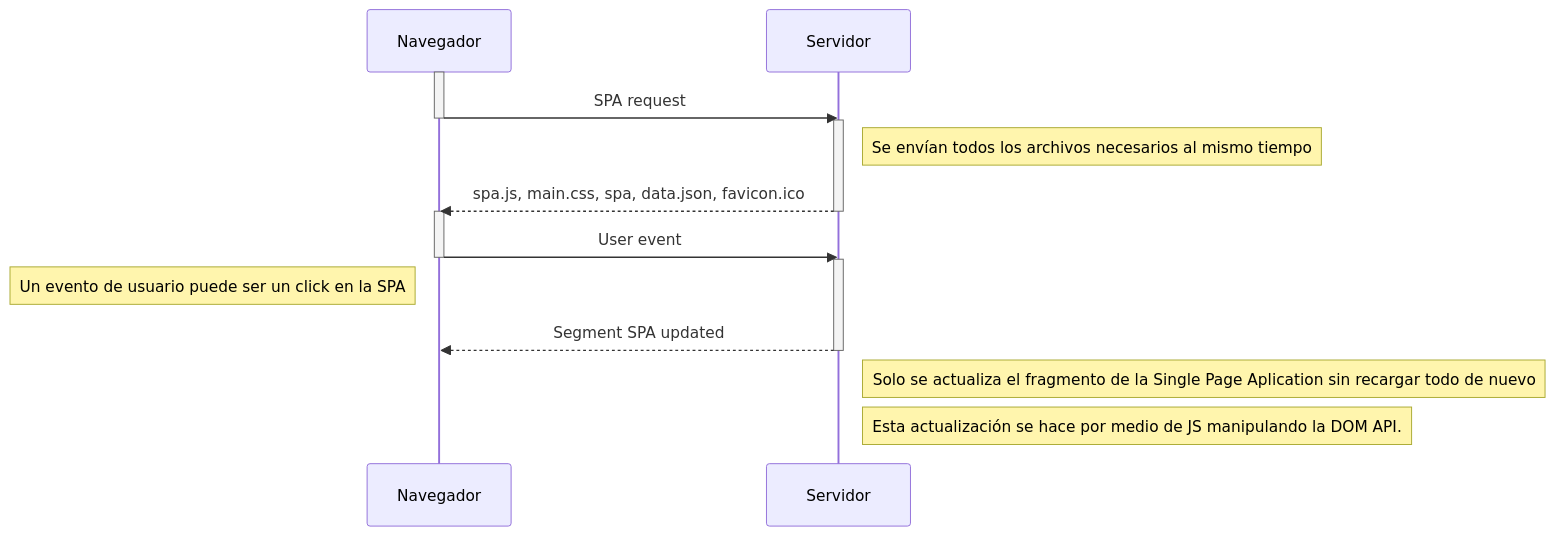
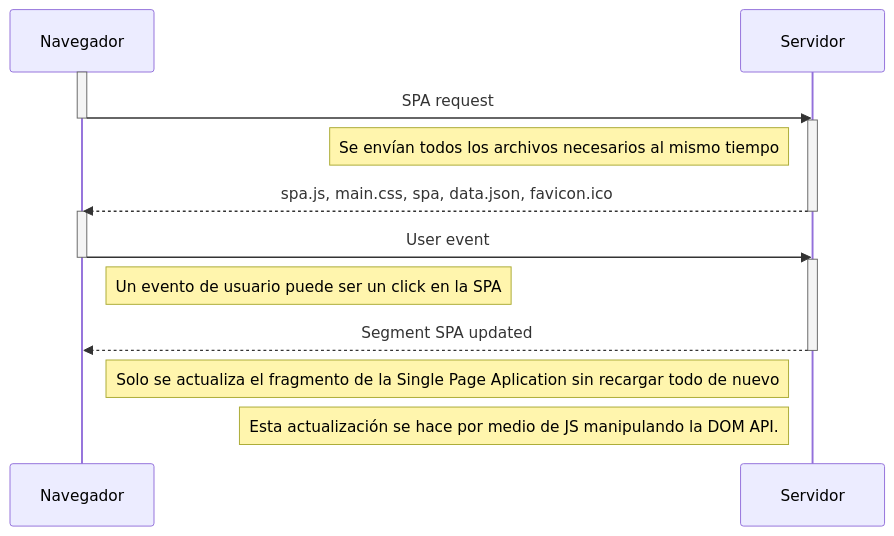
The diagram in part0/diagrama_secuencia_0.5.md (inf-rober/full-stack-open), drawn with Mermaid before and after one commit.

````diff
--- a/part0/diagrama_secuencia_0.5.md
+++ b/part0/diagrama_secuencia_0.5.md
@@ -1,21 +1,21 @@
 ```mermaid
 sequenceDiagram
     participant Navegador
     participant Servidor
     activate Navegador
     Navegador->>Servidor: SPA request
     deactivate Navegador
     activate Servidor
-    Note right of Servidor: Se envían todos los archivos necesarios al mismo tiempo
+    Note left of Servidor: Se envían todos los archivos necesarios al mismo tiempo
     Servidor-->>Navegador: spa.js, main.css, spa, data.json, favicon.ico
     deactivate Servidor
     activate Navegador
     Navegador->>Servidor: User event
     deactivate Navegador
     activate Servidor
-    Note left of Navegador: Un evento de usuario puede ser un click en la SPA
+    Note right of Navegador: Un evento de usuario puede ser un click en la SPA
     Servidor-->>Navegador: Segment SPA updated
     deactivate Servidor
-    Note right of Servidor: Solo se actualiza el fragmento de la Single Page Aplication sin recargar todo de nuevo
-    Note right of Servidor: Esta actualización se hace por medio de JS manipulando la DOM API.
+    Note left of Servidor: Solo se actualiza el fragmento de la Single Page Aplication sin recargar todo de nuevo
+    Note left of Servidor: Esta actualización se hace por medio de JS manipulando la DOM API.
 ```
````
